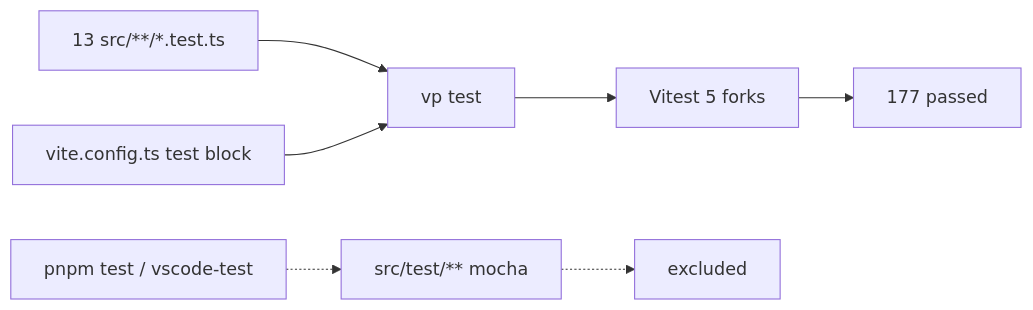
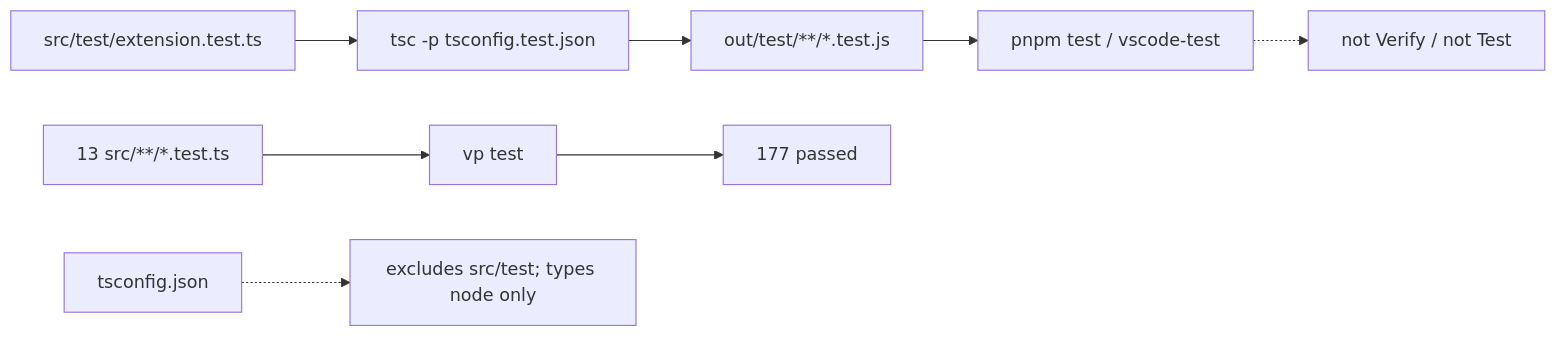
One commit to MarekBombera/cursor-design-extension changed the first of 2 diagrams in blueprint/context/current-feature-overview.md. Above: the diagram before and after it, drawn with Mermaid. The commit also changed other lines of this file and 13 other files, not shown here.

````diff
--- a/blueprint/context/current-feature-overview.md
+++ b/blueprint/context/current-feature-overview.md
@@ -17,9 +18,10 @@
 ```mermaid
 flowchart LR
-  TS["13 src/**/*.test.ts"] --> VP["vp test"]
-  CFG["vite.config.ts test block"] --> VP
-  VP --> VIT["Vitest 5 forks"]
-  VIT --> OK["177 passed"]
-  ELEC["src/test/** mocha"] -.-> X["excluded"]
-  PKG["pnpm test / vscode-test"] -.-> ELEC
+  SAMPLE["src/test/extension.test.ts"] --> TSC["tsc -p tsconfig.test.json"]
+  TSC --> OUT["out/test/**/*.test.js"]
+  OUT --> CLI["pnpm test / vscode-test"]
+  UNITS["13 src/**/*.test.ts"] --> VP["vp test"]
+  VP --> LOCK["177 passed"]
+  CLI -.-> SKIP["not Verify / not Test"]
+  MAIN["tsconfig.json"] -.-> EXCL["excludes src/test; types node only"]
 ```
````
